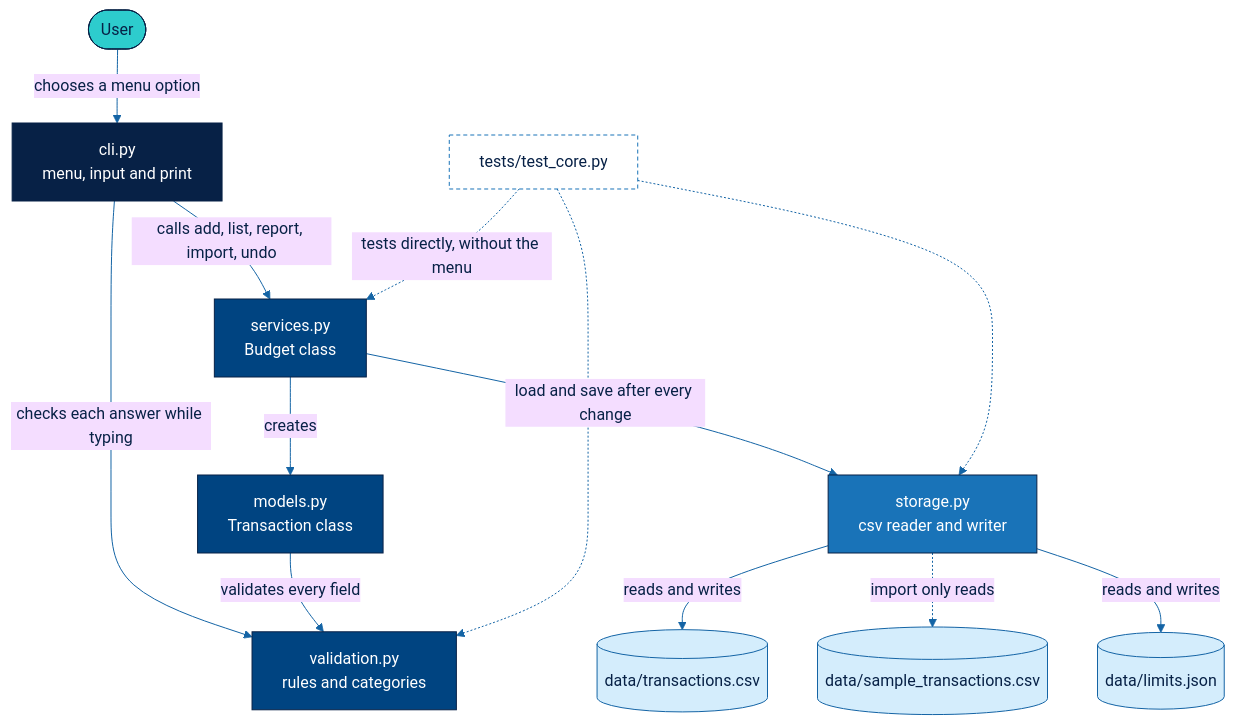
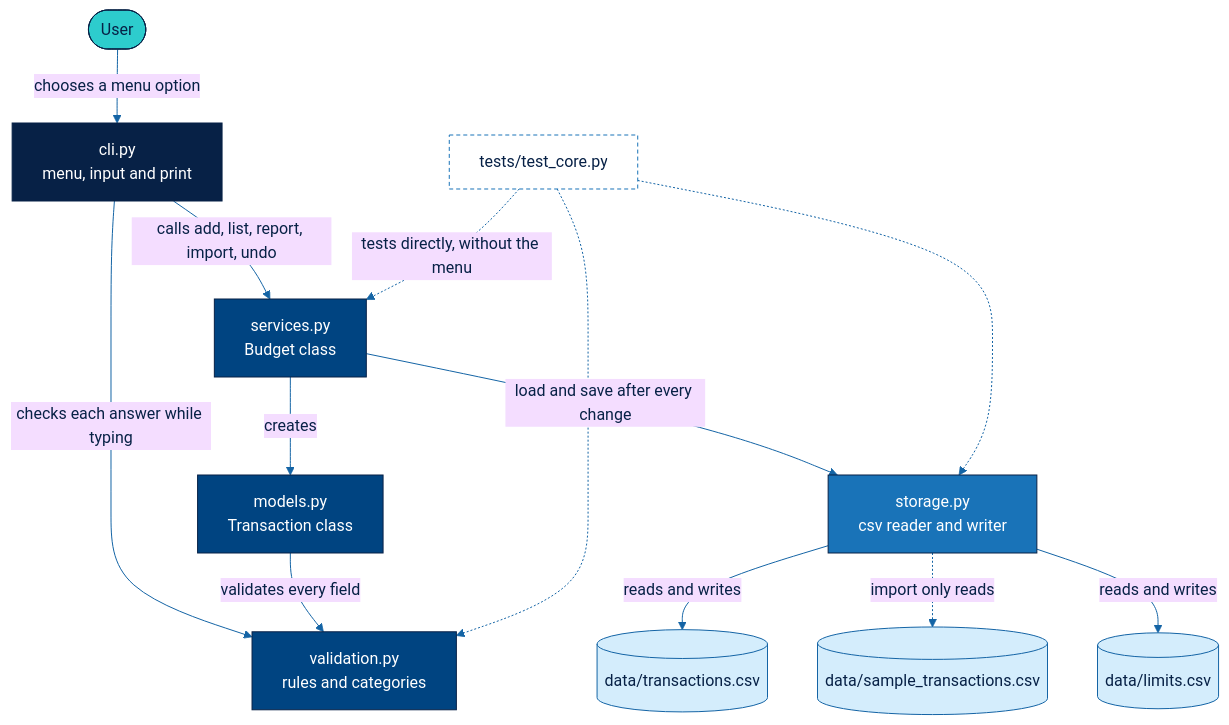
One commit to ferreirasara-cpu/Practice-1_-Interactive-Personal-Budget-Manager changed the first of 2 diagrams in DESIGN.md. Above: the diagram before and after it, drawn with Mermaid. The commit also changed other lines of this file and 6 other files, not shown here.

Commit message:
Save limits as CSV

````diff
--- a/DESIGN.md
+++ b/DESIGN.md
@@ -23,29 +23,29 @@
 ```mermaid
 %%{init: {"theme": "base", "themeVariables": {"fontFamily": "arial", "lineColor": "#1464A5", "primaryTextColor": "#072146"}}}%%
 flowchart TD
     U([User]) -->|chooses a menu option| CLI["cli.py<br/>menu, input and print"]
     CLI -->|checks each answer while typing| VAL["validation.py<br/>rules and categories"]
     CLI -->|calls add, list, report, import, undo| SRV["services.py<br/>Budget class"]
     SRV -->|creates| MOD["models.py<br/>Transaction class"]
     MOD -->|validates every field| VAL
     SRV -->|load and save after every change| STO["storage.py<br/>csv reader and writer"]
     STO -->|reads and writes| DATA[("data/transactions.csv")]
     STO -.->|import only reads| SAMPLE[("data/sample_transactions.csv")]
-    STO -->|reads and writes| LIM[("data/limits.json")]
+    STO -->|reads and writes| LIM[("data/limits.csv")]
     TEST["tests/test_core.py"] -.->|tests directly, without the menu| SRV
     TEST -.-> STO
     TEST -.-> VAL
 
     classDef user fill:#2DCCCD,stroke:#072146,color:#072146
     classDef cli fill:#072146,stroke:#072146,color:#FFFFFF
     classDef logic fill:#004481,stroke:#072146,color:#FFFFFF
     classDef storage fill:#1973B8,stroke:#072146,color:#FFFFFF
     classDef data fill:#D4EDFC,stroke:#1464A5,color:#072146
     classDef test fill:#FFFFFF,stroke:#1973B8,color:#072146,stroke-dasharray:4 3
     class U user
     class CLI cli
     class SRV,MOD,VAL logic
     class STO storage
     class DATA,LIM,SAMPLE data
     class TEST test
 ```
````
